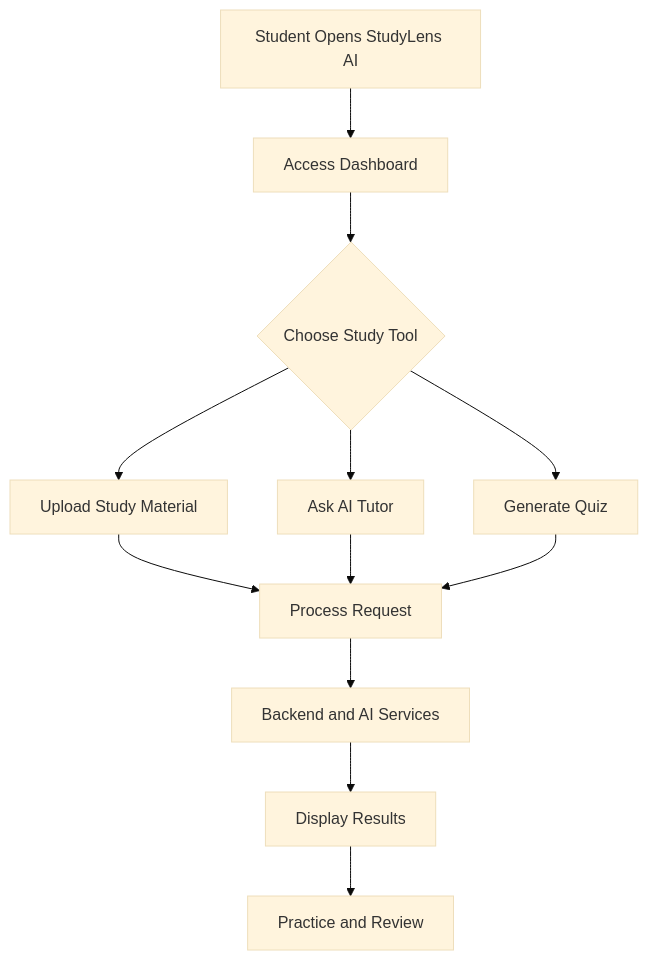
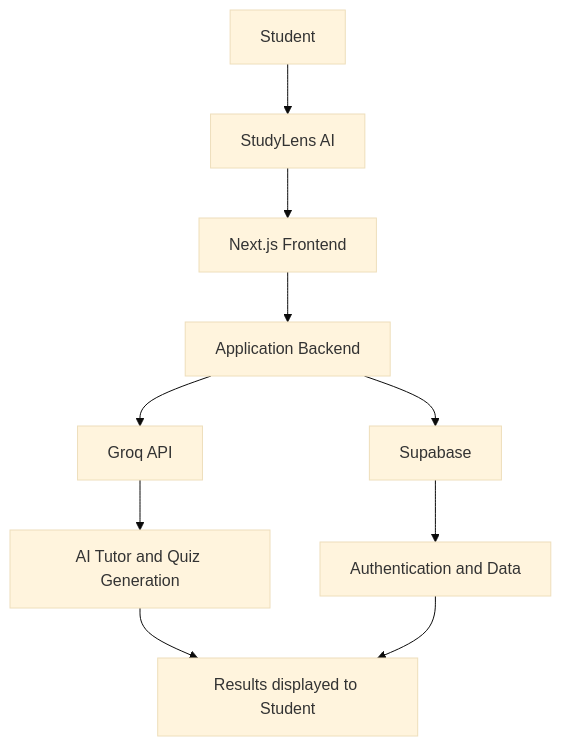
Before and after one commit to janani2006123-dotcom/studylens-ai: the diagram in README.md, drawn with Mermaid (base theme). The commit also changed other lines of this file, not shown here.

````diff
--- a/README.md
+++ b/README.md
@@ -90,17 +37,12 @@
 ```mermaid
 flowchart TD
-    A[Student Opens StudyLens AI] --> B[Access Dashboard]
-    B --> C{Choose Study Tool}
-
-    C --> D[Upload Study Material]
-    C --> E[Ask AI Tutor]
-    C --> F[Generate Quiz]
-
-    D --> G[Process Request]
-    E --> G
-    F --> G
-
-    G --> H[Backend and AI Services]
-    H --> I[Display Results]
-    I --> J[Practice and Review]
+    A[Student] --> B[StudyLens AI]
+    B --> C[Next.js Frontend]
+    C --> D[Application Backend]
+    D --> E[Groq API]
+    D --> F[Supabase]
+    E --> G[AI Tutor and Quiz Generation]
+    F --> H[Authentication and Data]
+    G --> I[Results displayed to Student]
+    H --> I
 ```
````
